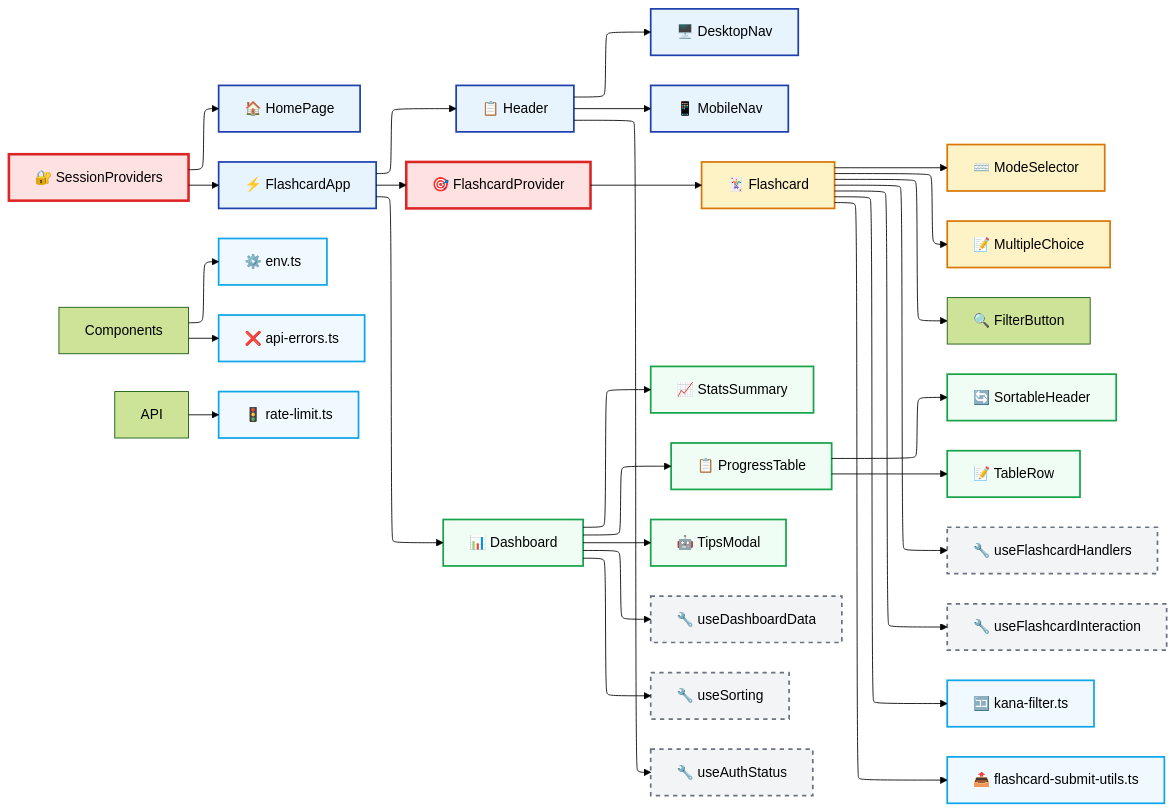
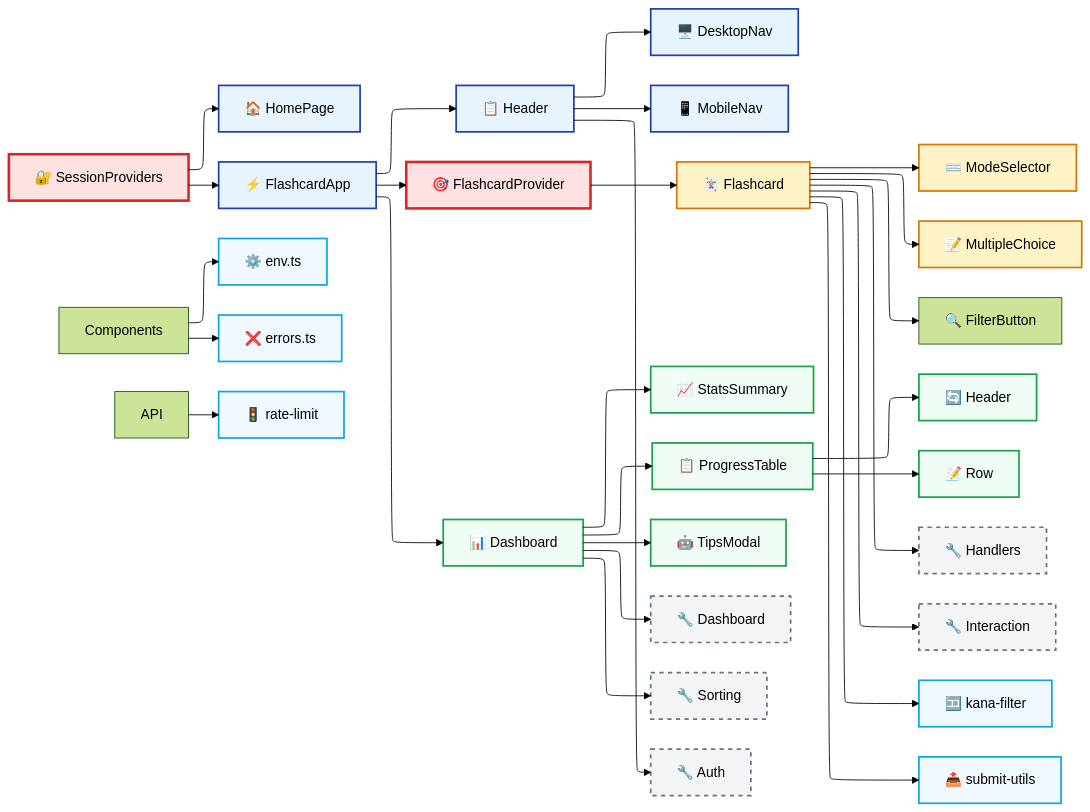
One commit to sakan811/SakuMari changed the diagram in docs/mermaid/component.mmd. Above: the diagram before and after it, drawn with Mermaid. The commit also changed 3 other files, not shown here.

Commit message:
Update documentation: features and Mermaid diagrams

```diff
--- a/docs/mermaid/component.mmd
+++ b/docs/mermaid/component.mmd
@@ -1,56 +1,56 @@
 ---
 config:
   theme: 'forest'
   defaultRenderer: "elk"
   layout: elk
 ---
 flowchart LR
     SessionProviders["🔐 SessionProviders"]
 
     SessionProviders --> HomePage["🏠 HomePage"]
     SessionProviders --> FlashcardApp["⚡ FlashcardApp"]
 
     FlashcardApp --> Header["📋 Header"]
     FlashcardApp --> FlashcardProvider["🎯 FlashcardProvider"]
 
     Header --> DesktopNavigation["🖥️ DesktopNav"]
     Header --> MobileNavigation["📱 MobileNav"]
 
     FlashcardProvider --> Flashcard["🃏 Flashcard"]
     Flashcard --> ModeSelector["⌨️ ModeSelector"]
     Flashcard --> MultipleChoice["📝 MultipleChoice"]
     Flashcard --> FilterButton["🔍 FilterButton"]
 
     FlashcardApp --> Dashboard["📊 Dashboard"]
     Dashboard --> StatsSummary["📈 StatsSummary"]
     Dashboard --> CharacterProgressTable["📋 ProgressTable"]
     Dashboard --> TipsModal["🤖 TipsModal"]
 
-    CharacterProgressTable --> SortableTableHeader["🔄 SortableHeader"]
-    CharacterProgressTable --> CharacterTableRow["📝 TableRow"]
+    CharacterProgressTable --> SortableHeader["🔄 Header"]
+    CharacterProgressTable --> TableRow["📝 Row"]
 
-    Dashboard --> useDashboardData["🔧 useDashboardData"]
-    Dashboard --> useSorting["🔧 useSorting"]
-    Header --> useAuthStatus["🔧 useAuthStatus"]
-    Flashcard --> useFlashcardHandlers["🔧 useFlashcardHandlers"]
-    Flashcard --> useFlashcardInteraction["🔧 useFlashcardInteraction"]
+    Dashboard --> useDashboardData["🔧 Dashboard"]
+    Dashboard --> useSorting["🔧 Sorting"]
+    Header --> useAuthStatus["🔧 Auth"]
+    Flashcard --> useFlashcardHandlers["🔧 Handlers"]
+    Flashcard --> useFlashcardInteraction["🔧 Interaction"]
 
     Components --> EnvUtils["⚙️ env.ts"]
-    Components --> ErrorUtils["❌ api-errors.ts"]
-    Flashcard --> KanaFilter["🈁 kana-filter.ts"]
-    Flashcard --> SubmitUtils["📤 flashcard-submit-utils.ts"]
-    API --> RateLimitUtils["🚦 rate-limit.ts"]
+    Components --> ErrorUtils["❌ errors.ts"]
+    Flashcard --> KanaFilter["🈁 kana-filter"]
+    Flashcard --> SubmitUtils["📤 submit-utils"]
+    API --> RateLimitUtils["🚦 rate-limit"]
 
     classDef coreComponent fill:#e8f4fd,stroke:#1e40af,stroke-width:2px
     classDef practiceComponent fill:#fef3c7,stroke:#d97706,stroke-width:2px
     classDef dashboardComponent fill:#f0fdf4,stroke:#16a34a,stroke-width:2px
     classDef contextProvider fill:#fee2e2,stroke:#dc2626,stroke-width:3px
     classDef customHook fill:#f3f4f6,stroke:#6b7280,stroke-width:2px,stroke-dasharray: 5 5
     classDef utilityLib fill:#f0f9ff,stroke:#0ea5e9,stroke-width:2px
 
     class SessionProviders,HomePage,FlashcardApp,Header,DesktopNavigation,MobileNavigation coreComponent
     class Flashcard,ModeSelector,MultipleChoice,FlashcardProvider practiceComponent
-    class Dashboard,StatsSummary,CharacterProgressTable,SortableTableHeader,CharacterTableRow,TipsModal dashboardComponent
+    class Dashboard,StatsSummary,CharacterProgressTable,SortableHeader,TableRow,TipsModal dashboardComponent
     class FlashcardProvider,SessionProviders contextProvider
     class useDashboardData,useSorting,useAuthStatus,useFlashcardHandlers,useFlashcardInteraction customHook
     class EnvUtils,ErrorUtils,KanaFilter,SubmitUtils,RateLimitUtils utilityLib
```
